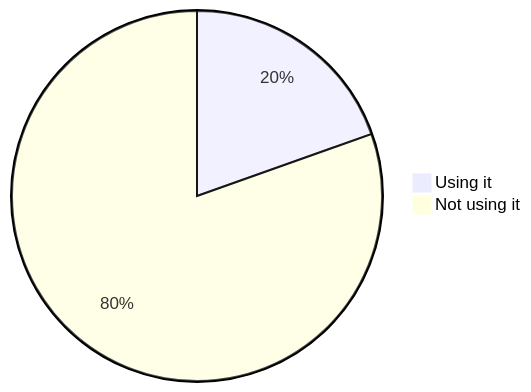
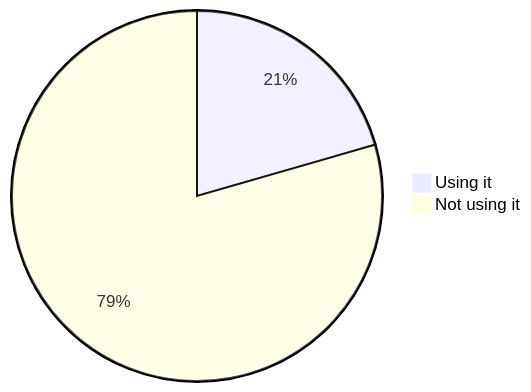
Diagram 13 of 22 in stats.md (oshp/oshp-stats), drawn with Mermaid before and after one commit. The commit also changed other lines of this file, not shown here.

````diff
--- a/stats.md
+++ b/stats.md
@@ -154,6 +154,6 @@
 ```mermaid
 pie
-	"Using it" : 19.57
-	"Not using it" : 80.43
+	"Using it" : 20.54
+	"Not using it" : 79.46
 
 ```
````
